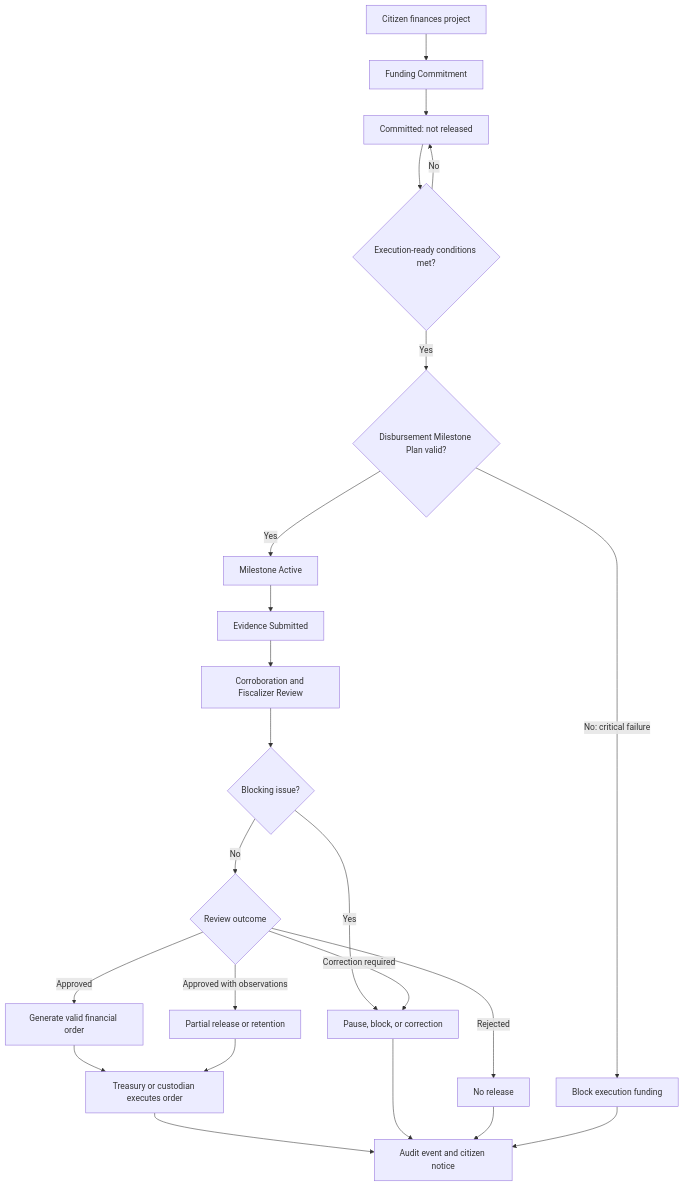
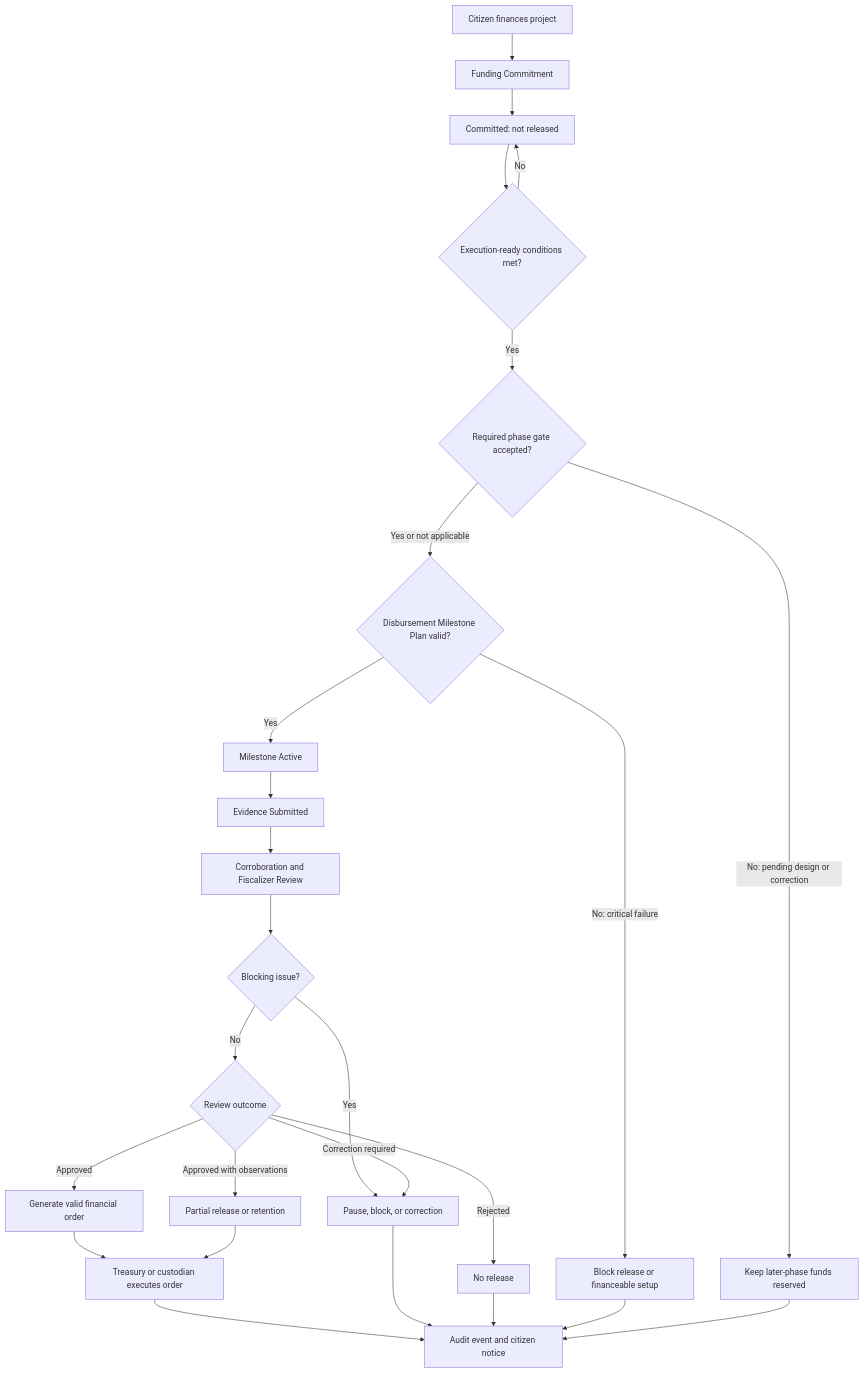
One commit to moffermann/distributed-governance-research changed the diagram in docs/diagrams/v0-funding-disbursement.md. Above: the diagram before and after it, drawn with Mermaid. The commit also changed other lines of this file and 35 other files, not shown here.

````diff
--- a/docs/diagrams/v0-funding-disbursement.md
+++ b/docs/diagrams/v0-funding-disbursement.md
@@ -9,28 +9,31 @@
 ```mermaid
 flowchart TD
     A[Citizen finances project] --> B[Funding Commitment]
     B --> C[Committed: not released]
     C --> D{Execution-ready conditions met?}
     D -->|No| C
-    D -->|Yes| MP{Disbursement Milestone Plan valid?}
-    MP -->|No: critical failure| BL[Block execution funding]
+    D -->|Yes| PG{Required phase gate accepted?}
+    PG -->|No: pending design or correction| PR[Keep later-phase funds reserved]
+    PG -->|Yes or not applicable| MP{Disbursement Milestone Plan valid?}
+    MP -->|No: critical failure| BL[Block release or financeable setup]
     MP -->|Yes| E[Milestone Active]
 
     E --> F[Evidence Submitted]
     F --> G[Corroboration and Fiscalizer Review]
     G --> H{Blocking issue?}
     H -->|Yes| I[Pause, block, or correction]
     H -->|No| J{Review outcome}
 
     J -->|Approved| K[Generate valid financial order]
     J -->|Approved with observations| L[Partial release or retention]
     J -->|Correction required| I
     J -->|Rejected| M[No release]
 
     K --> T[Treasury or custodian executes order]
     L --> T
     T --> N[Audit event and citizen notice]
     I --> N
     M --> N
     BL --> N
+    PR --> N
 ```
````
